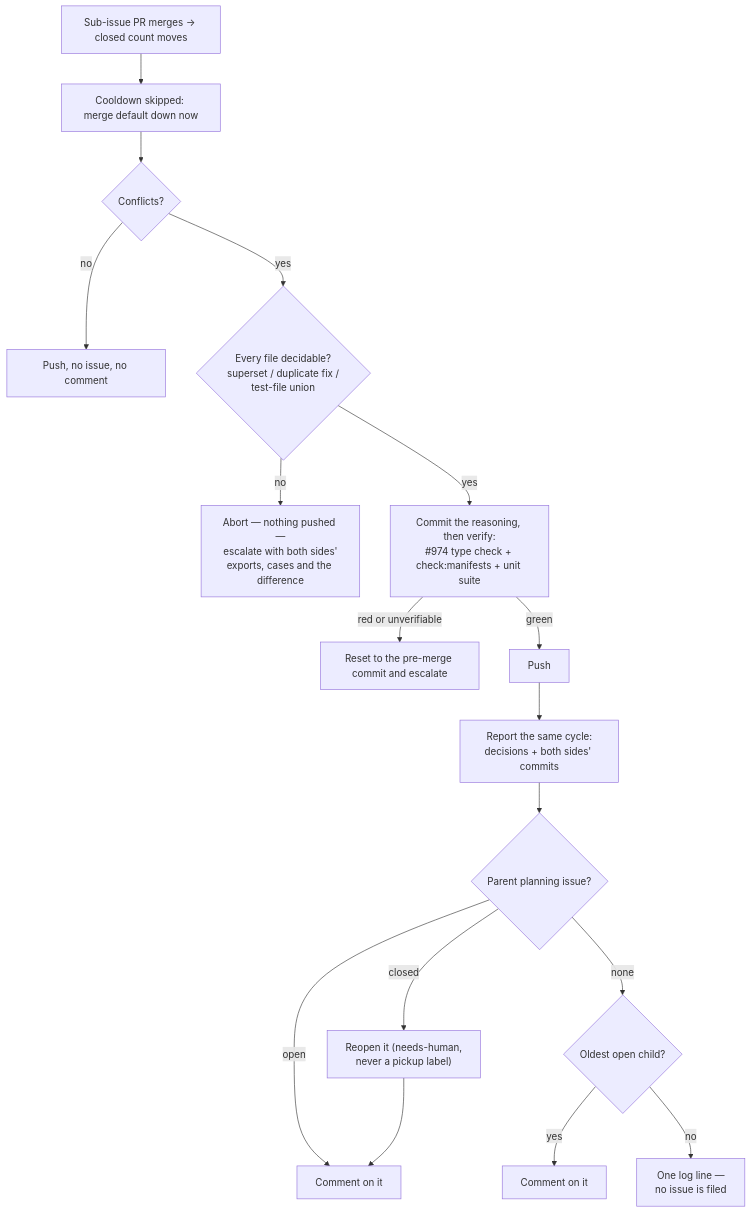
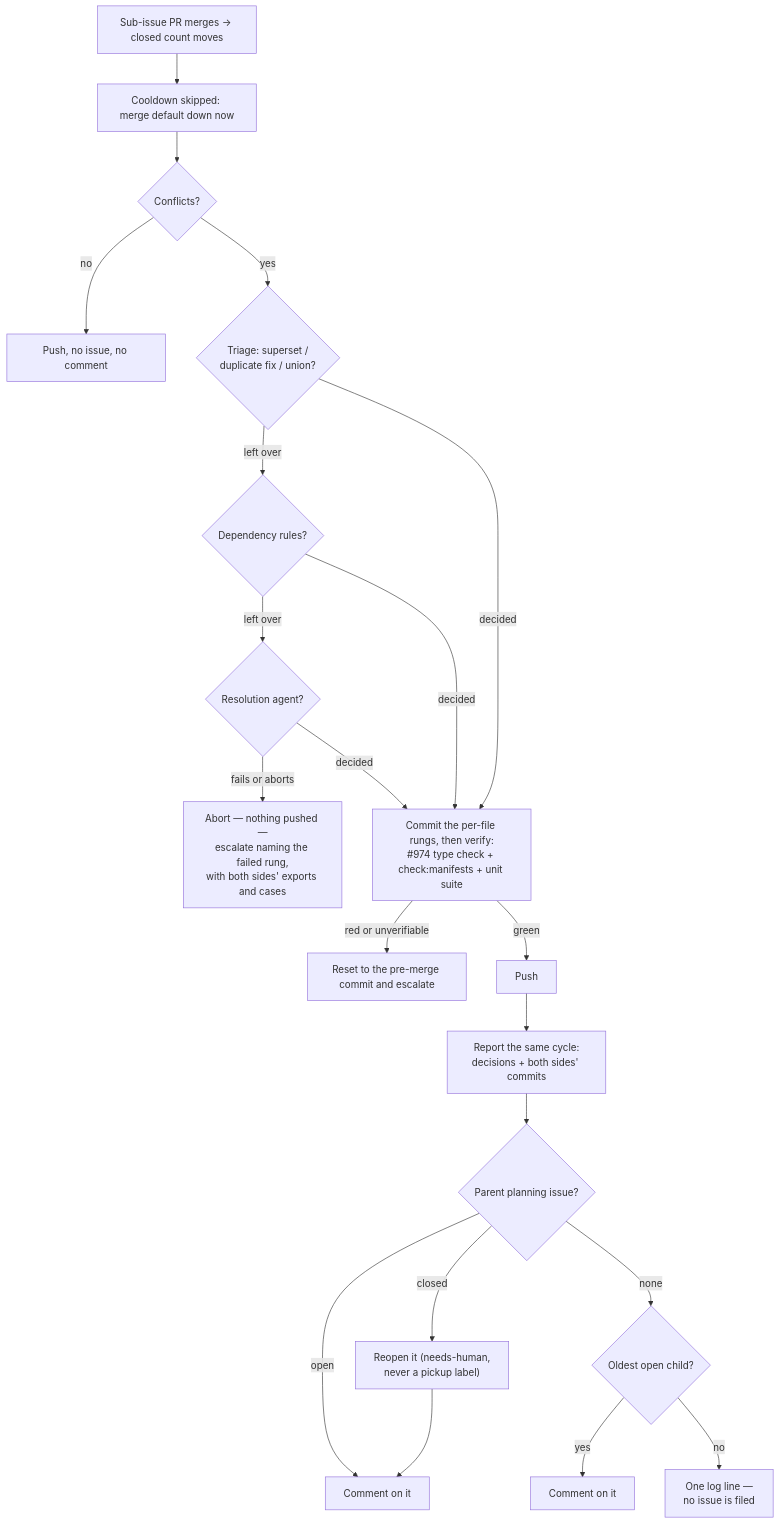
Diagram 29 of 33 in docs/INTERNALS.md (stSoftwareAU/VibeCoder), drawn with Mermaid before and after one commit. The commit also changed other lines of this file and 6 other files, not shown here.

````diff
--- a/docs/INTERNALS.md
+++ b/docs/INTERNALS.md
@@ -3168,18 +3196,22 @@
 ```mermaid
 flowchart TD
     A[Sub-issue PR merges → closed count moves] --> B[Cooldown skipped: merge default down now]
     B --> C{Conflicts?}
     C -- no --> D[Push, no issue, no comment]
-    C -- yes --> T{"Every file decidable?<br/>superset / duplicate fix /<br/>test-file union"}
-    T -- no --> X["Abort — nothing pushed —<br/>escalate with both sides'<br/>exports, cases and the difference"]
-    T -- yes --> V["Commit the reasoning, then verify:<br/>#974 type check + check:manifests + unit suite"]
+    C -- yes --> T{"Triage: superset /<br/>duplicate fix / union?"}
+    T -- "left over" --> RU{"Dependency rules?"}
+    RU -- "left over" --> AG{"Resolution agent?"}
+    AG -- "fails or aborts" --> X["Abort — nothing pushed —<br/>escalate naming the failed rung,<br/>with both sides' exports and cases"]
+    AG -- decided --> V["Commit the per-file rungs, then verify:<br/>#974 type check + check:manifests + unit suite"]
+    T -- decided --> V
+    RU -- decided --> V
     V -- red or unverifiable --> R[Reset to the pre-merge commit and escalate]
     V -- green --> P[Push]
     P --> F["Report the same cycle:<br/>decisions + both sides' commits"]
     F --> G{Parent planning issue?}
     G -- open --> H[Comment on it]
     G -- closed --> RO["Reopen it (needs-human,<br/>never a pickup label)"] --> H
     G -- none --> C2{Oldest open child?}
     C2 -- yes --> H2[Comment on it]
     C2 -- no --> L["One log line —<br/>no issue is filed"]
 ```
````
